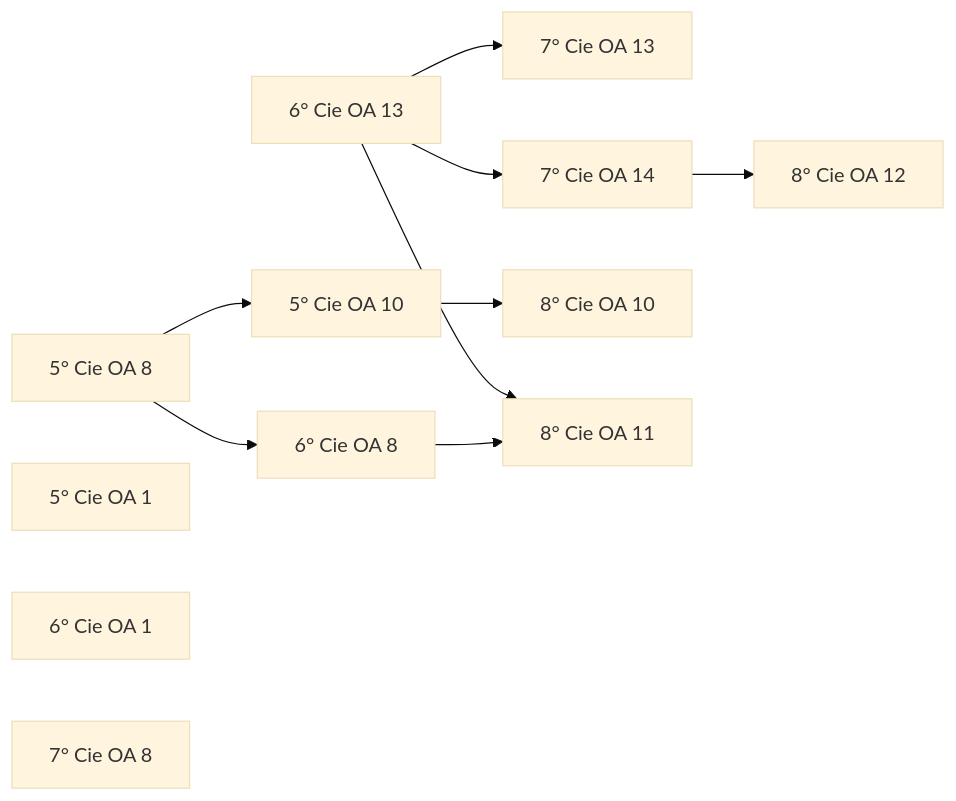
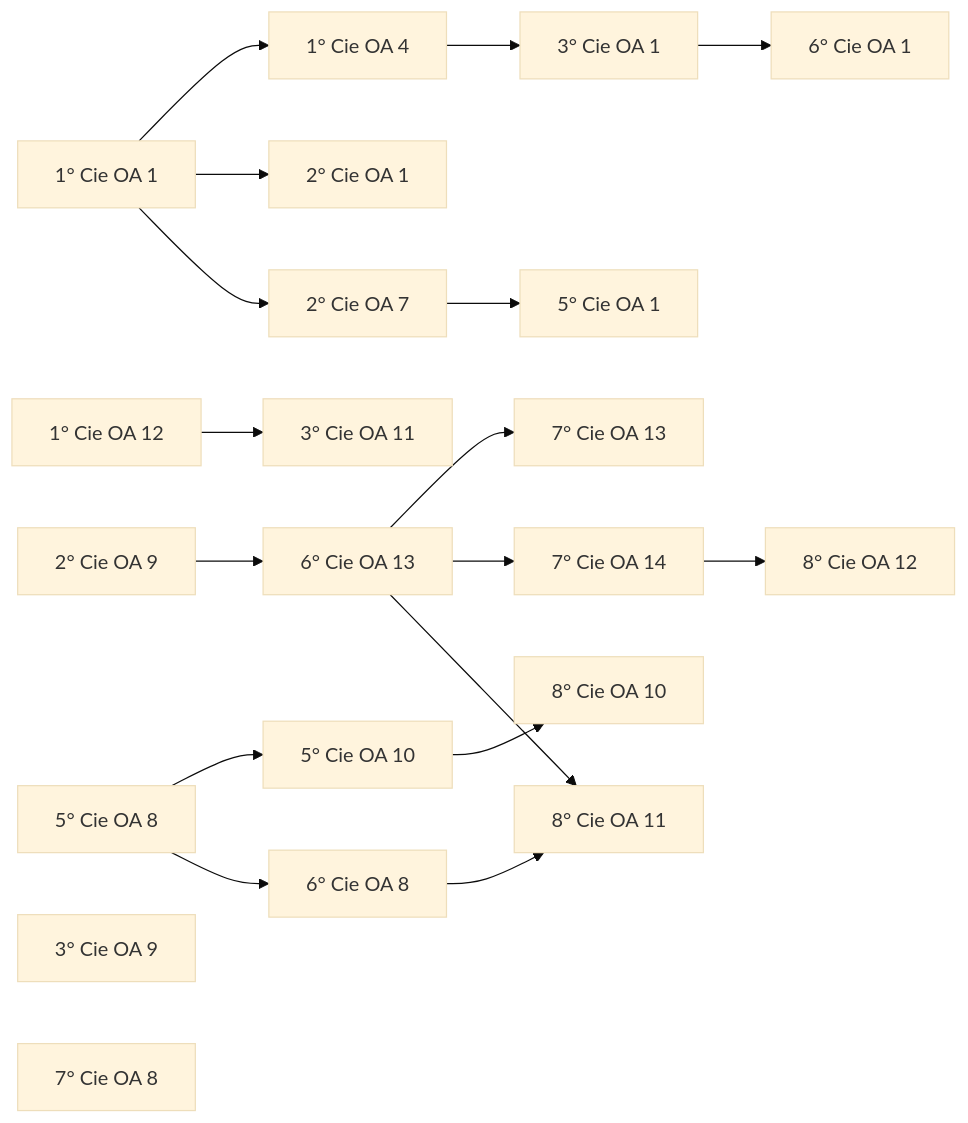
One commit to seanduarteu-cyber/PRODUCCION-PLAYMAKER changed the third of 4 diagrams in expedicion-saber/docs/progresion.md. Above: the diagram before and after it, drawn with Mermaid (base theme). The commit also changed other lines of this file and 11 other files, not shown here.

````diff
--- a/expedicion-saber/docs/progresion.md
+++ b/expedicion-saber/docs/progresion.md
@@ -69,14 +72,21 @@
 ```mermaid
 flowchart LR
+  1_basico_ciencias_OA1["1° Cie OA 1"] --> 1_basico_ciencias_OA4["1° Cie OA 4"]
+  1_basico_ciencias_OA1["1° Cie OA 1"] --> 2_basico_ciencias_OA1["2° Cie OA 1"]
+  1_basico_ciencias_OA1["1° Cie OA 1"] --> 2_basico_ciencias_OA7["2° Cie OA 7"]
+  1_basico_ciencias_OA4["1° Cie OA 4"] --> 3_basico_ciencias_OA1["3° Cie OA 1"]
+  1_basico_ciencias_OA12["1° Cie OA 12"] --> 3_basico_ciencias_OA11["3° Cie OA 11"]
+  2_basico_ciencias_OA7["2° Cie OA 7"] --> 5_basico_ciencias_OA1["5° Cie OA 1"]
   5_basico_ciencias_OA8["5° Cie OA 8"] --> 5_basico_ciencias_OA10["5° Cie OA 10"]
+  3_basico_ciencias_OA1["3° Cie OA 1"] --> 6_basico_ciencias_OA1["6° Cie OA 1"]
   5_basico_ciencias_OA8["5° Cie OA 8"] --> 6_basico_ciencias_OA8["6° Cie OA 8"]
+  2_basico_ciencias_OA9["2° Cie OA 9"] --> 6_basico_ciencias_OA13["6° Cie OA 13"]
   6_basico_ciencias_OA13["6° Cie OA 13"] --> 7_basico_ciencias_OA13["7° Cie OA 13"]
   6_basico_ciencias_OA13["6° Cie OA 13"] --> 7_basico_ciencias_OA14["7° Cie OA 14"]
   5_basico_ciencias_OA10["5° Cie OA 10"] --> 8_basico_ciencias_OA10["8° Cie OA 10"]
   6_basico_ciencias_OA8["6° Cie OA 8"] --> 8_basico_ciencias_OA11["8° Cie OA 11"]
   6_basico_ciencias_OA13["6° Cie OA 13"] --> 8_basico_ciencias_OA11["8° Cie OA 11"]
   7_basico_ciencias_OA14["7° Cie OA 14"] --> 8_basico_ciencias_OA12["8° Cie OA 12"]
-  5_basico_ciencias_OA1["5° Cie OA 1"]
-  6_basico_ciencias_OA1["6° Cie OA 1"]
+  3_basico_ciencias_OA9["3° Cie OA 9"]
   7_basico_ciencias_OA8["7° Cie OA 8"]
 ```
````
